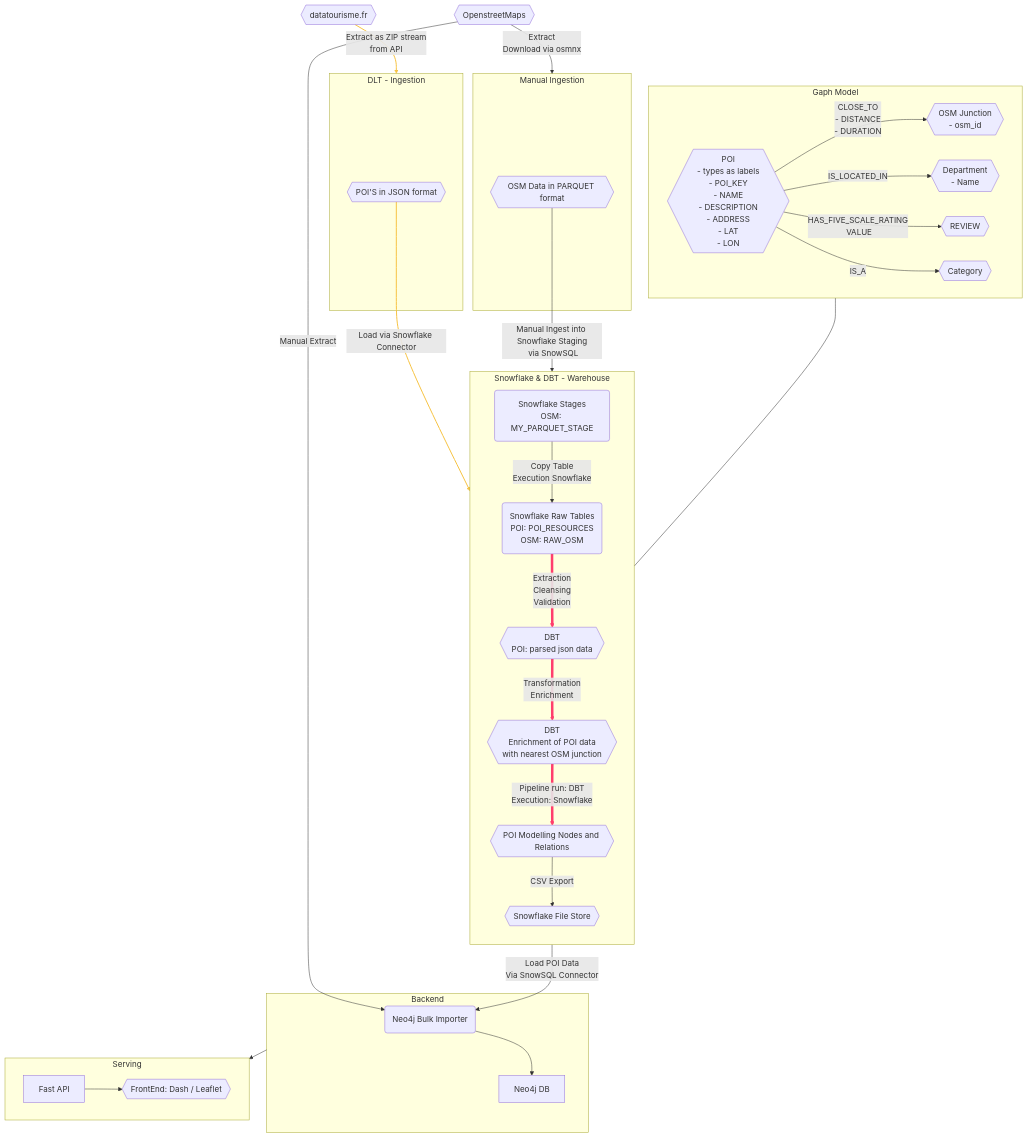
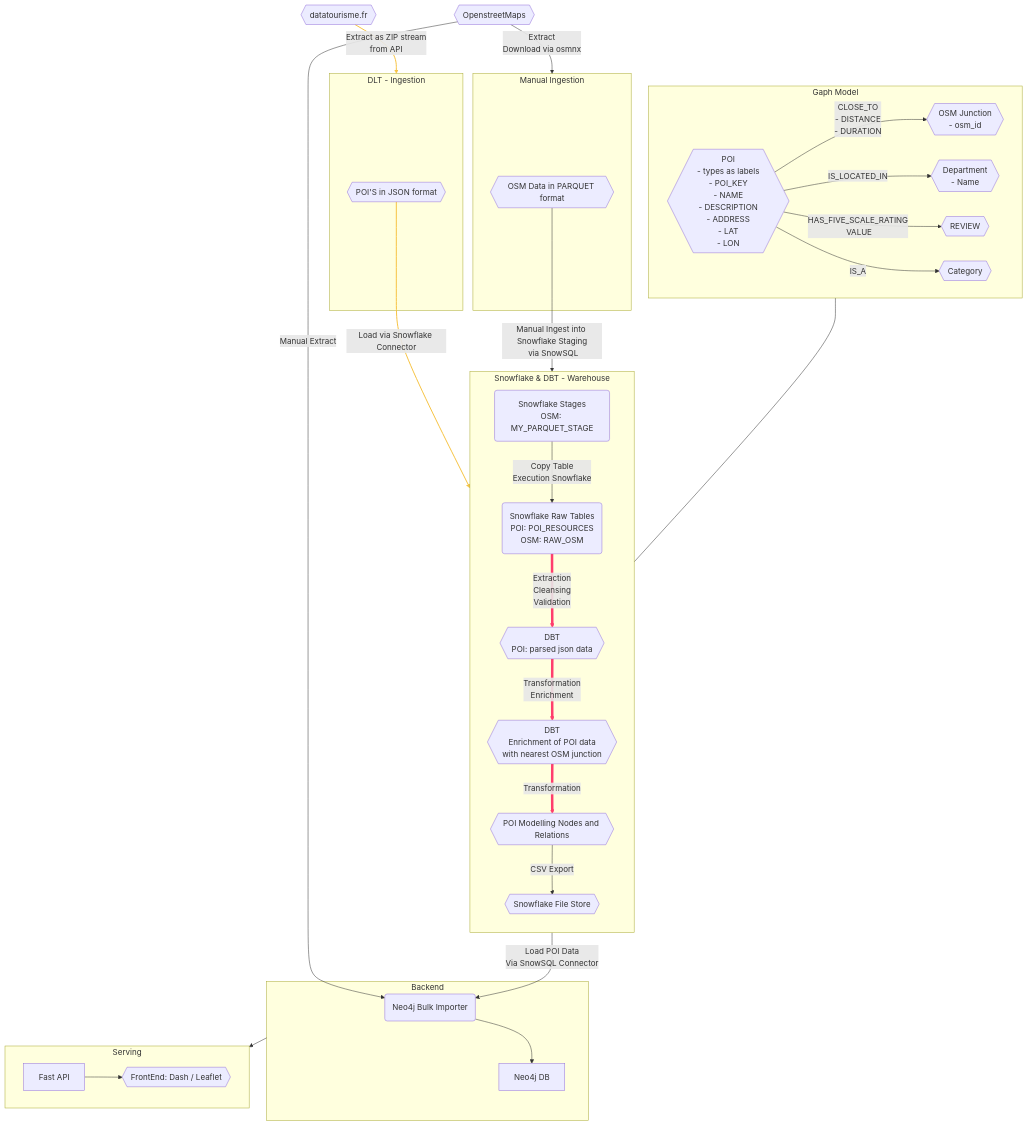
The first of 2 diagrams in README.md (MatthausHaberkorn/de_dbtsnow_poi), drawn with Mermaid before and after one commit.

Commit message:
changed transformation in readme

````diff
--- a/README.md
+++ b/README.md
@@ -136,74 +136,74 @@
 ```mermaid
 flowchart TB
     id1{{datatourisme.fr}}
     id2{{OpenstreetMaps}}
     subgraph  id3 [Manual Ingestion]
         id4{{OSM Data in PARQUET format}}
     end
 
     id2-- Extract\n Download via osmnx -->id3
 
     subgraph id5 [DLT - Ingestion]
         id6{{POI'S in JSON format}}
     end
     id6-- Load via Snowflake Connector-->id10
     id1 -- Extract as ZIP stream\nfrom API -->id5
     subgraph id8 [Snowflake & DBT - Warehouse]
         direction TB
         id9(Snowflake Stages\nOSM: MY_PARQUET_STAGE)--Copy Table\nExecution Snowflake-->
         id10(Snowflake Raw Tables\n POI: POI_RESOURCES\n OSM: RAW_OSM)--"`Extraction
         Cleansing
         Validation`"-->
         id11{{DBT\n POI: parsed json data}}--Transformation\nEnrichment  -->
         id12{{DBT\n Enrichment of POI data with nearest OSM junction}}
-        id12-- Pipeline run: DBT\n Execution: Snowflake -->id13{{POI Modelling Nodes and Relations}}
+        id12-- Transformation -->id13{{POI Modelling Nodes and Relations}}
         id13--CSV Export-->id14{{Snowflake File Store}}
     end
 
     id4 -- Manual Ingest into Snowflake Staging\n via SnowSQL --> id9
     subgraph id15 [Backend]
 
         id16(Neo4j Bulk Importer) --> id17[Neo4j DB]
 
     end
 
     id14 -- Load POI Data\n Via SnowSQL Connector --> id16
 
     subgraph id19 [Serving]
 
         id18[Fast API]-->id20{{FrontEnd: Dash / Leaflet}}
     end
     id15 --> id19
 
     id2--Manual Extract-->id16
 
 
     subgraph id100[Gaph Model]
         id110{{"`POI
         - types as labels
         - POI_KEY
         - NAME
         - DESCRIPTION
         - ADDRESS
         - LAT
         - LON`"}}
 
         id200{{OSM Junction\n- osm_id}}
         id300{{Department\n- Name}}
         id500{{REVIEW}}
         id700{{Category}}
 
 
         id110 -- "`CLOSE_TO
         - DISTANCE
         - DURATION`" --> id200
         id110 -- IS_LOCATED_IN --> id300
         id110 -- HAS_FIVE_SCALE_RATING\n VALUE --> id500
         id110 -- IS_A --> id700
     end
 
     id100---id13
 
  linkStyle 4,5,6 stroke:#ff3e6d,stroke-width:5px;
  linkStyle 1,2 stroke:#f6c344,stroke-width:2px;
 ```
````
